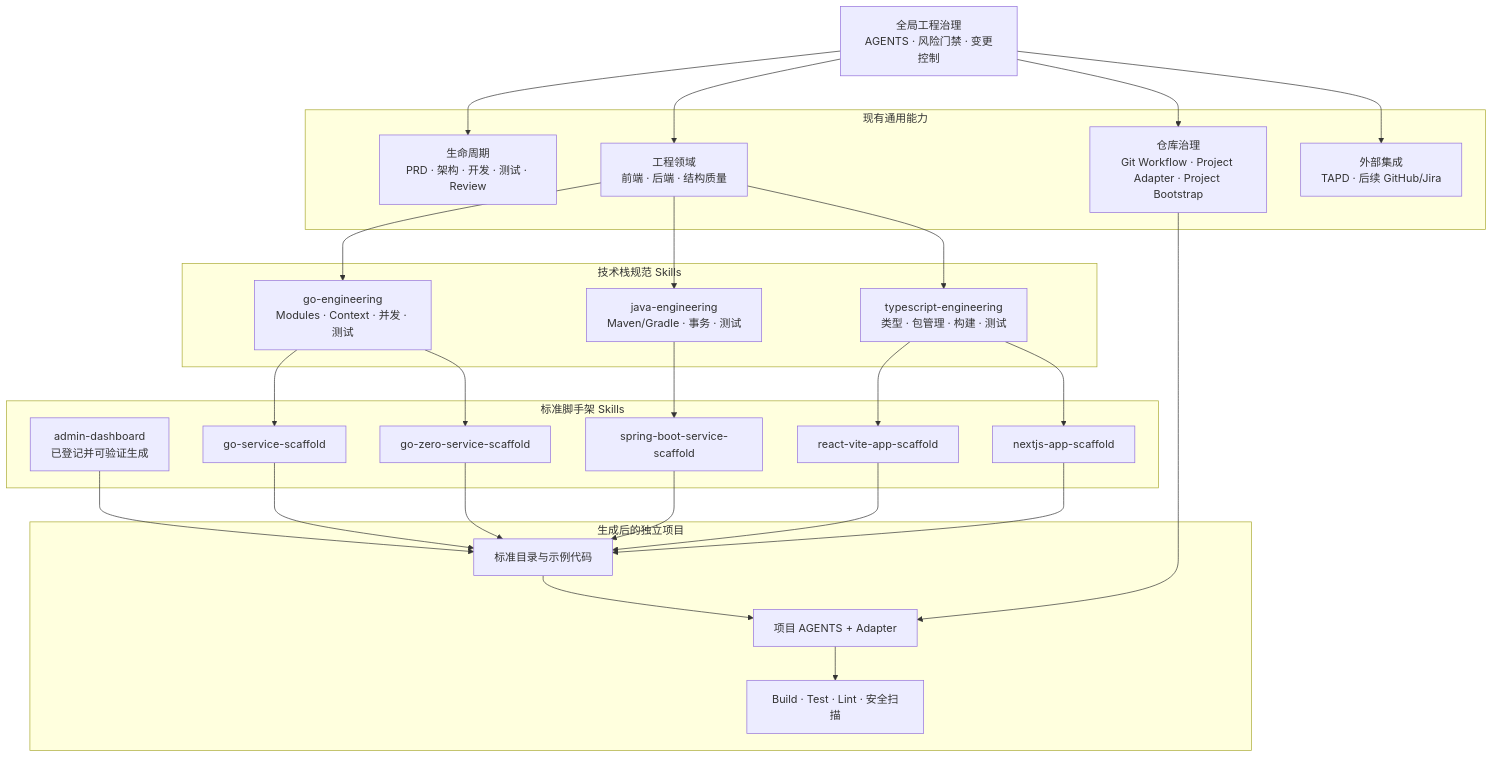
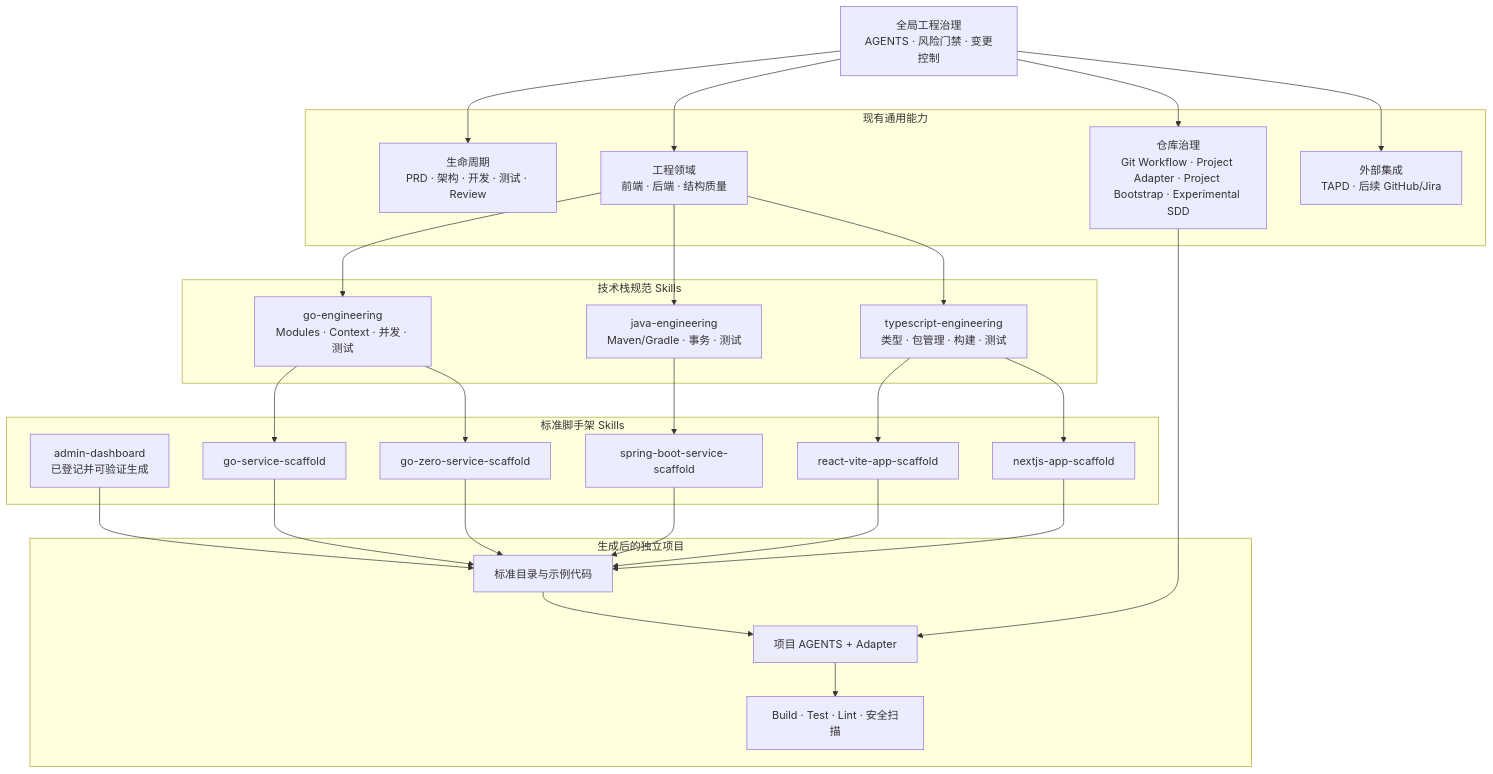
The first of 2 diagrams in ROADMAP.md (AndyXuuu/agentic-dev-workflow), drawn with Mermaid before and after one commit. The commit also changed other lines of this file and 18 other files, not shown here.

First line of the commit message:
Add experimental reconstruction SDD workflow

````diff
--- a/ROADMAP.md
+++ b/ROADMAP.md
@@ -11,59 +13,59 @@
 ```mermaid
 flowchart TB
     G["全局工程治理<br/>AGENTS · 风险门禁 · 变更控制"]
 
     subgraph Existing["现有通用能力"]
         L["生命周期<br/>PRD · 架构 · 开发 · 测试 · Review"]
         D["工程领域<br/>前端 · 后端 · 结构质量"]
-        R["仓库治理<br/>Git Workflow · Project Adapter · Project Bootstrap"]
+        R["仓库治理<br/>Git Workflow · Project Adapter · Project Bootstrap · Experimental SDD"]
         I["外部集成<br/>TAPD · 后续 GitHub/Jira"]
     end
 
     subgraph Stacks["技术栈规范 Skills"]
         GO["go-engineering<br/>Modules · Context · 并发 · 测试"]
         JAVA["java-engineering<br/>Maven/Gradle · 事务 · 测试"]
         TS["typescript-engineering<br/>类型 · 包管理 · 构建 · 测试"]
     end
 
     subgraph Scaffolds["标准脚手架 Skills"]
         ADS["admin-dashboard<br/>已登记并可验证生成"]
         GOS["go-service-scaffold"]
         GZS["go-zero-service-scaffold"]
         SBS["spring-boot-service-scaffold"]
         RVA["react-vite-app-scaffold"]
         NJS["nextjs-app-scaffold"]
     end
 
     subgraph Project["生成后的独立项目"]
         PA["项目 AGENTS + Adapter"]
         CODE["标准目录与示例代码"]
         QA["Build · Test · Lint · 安全扫描"]
     end
 
     G --> L
     G --> D
     G --> R
     G --> I
 
     D --> GO
     D --> JAVA
     D --> TS
 
     GO --> GOS
     GO --> GZS
     JAVA --> SBS
     TS --> RVA
     TS --> NJS
 
     ADS --> CODE
 
     GOS --> CODE
     GZS --> CODE
     SBS --> CODE
     RVA --> CODE
     NJS --> CODE
 
     CODE --> PA
     R --> PA
     PA --> QA
 ```
````
